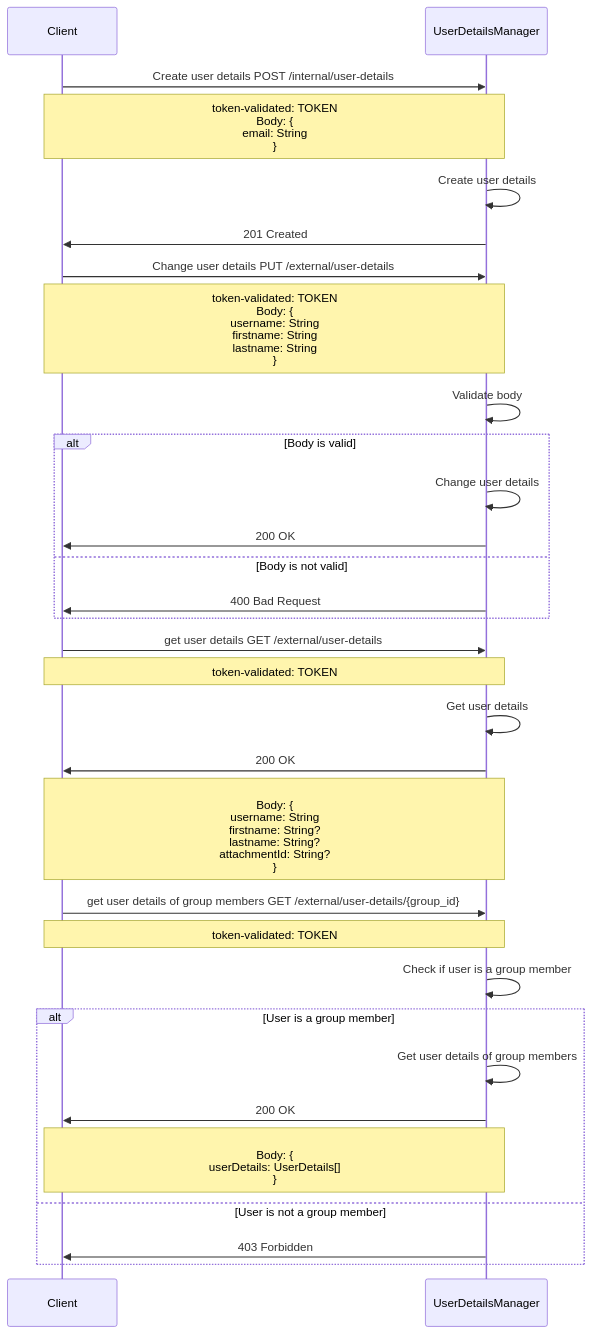
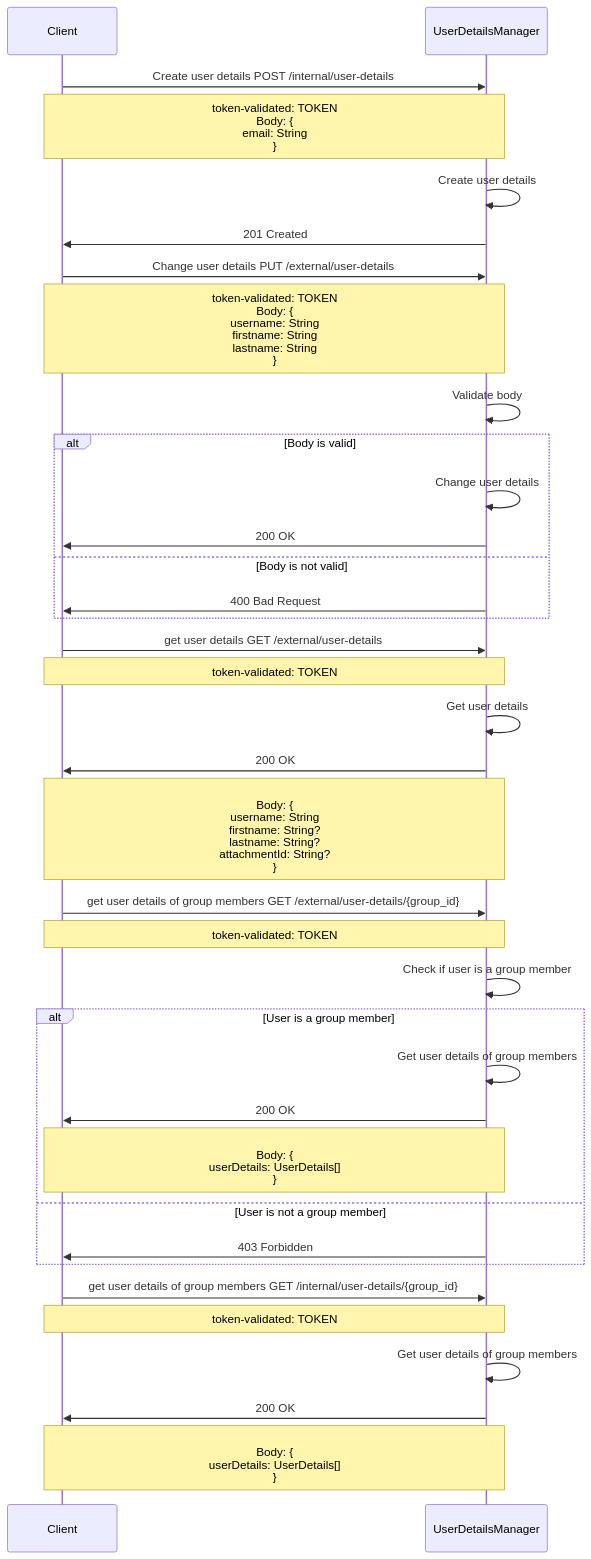
The fifth of 18 diagrams in docs/contracts.md (Group-Expense-Manager/gem-docs), drawn with Mermaid before and after one commit. The commit also changed other lines of this file and 1 other file, not shown here.

Commit message:
added Report Creator & Payment Manager & Currency Manager & Finance Adapter contract

````diff
--- a/docs/contracts.md
+++ b/docs/contracts.md
@@ -200,40 +200,46 @@
 ```mermaid
 sequenceDiagram
 
     participant Client
     participant UserDetailsManager
 
     Client->>UserDetailsManager: Create user details POST /internal/user-details
     Note over Client,UserDetailsManager: token-validated: TOKEN<br>Body: {<br>email: String <br>}
     UserDetailsManager->>UserDetailsManager: Create user details
     UserDetailsManager->>Client: 201 Created
 
     Client->>UserDetailsManager: Change user details PUT /external/user-details
     Note over Client,UserDetailsManager: token-validated: TOKEN<br> Body: {<br>username: String <br>firstname: String <br>lastname: String <br>}
     UserDetailsManager->>UserDetailsManager: Validate body
     alt Body is valid
         UserDetailsManager->>UserDetailsManager: Change user details
         UserDetailsManager->>Client: 200 OK
     else Body is not valid
         UserDetailsManager->>Client: 400 Bad Request
     end
 
 
     Client->>UserDetailsManager: get user details GET /external/user-details
     Note over Client,UserDetailsManager: token-validated: TOKEN
     UserDetailsManager->>UserDetailsManager: Get user details
     UserDetailsManager->>Client: 200 OK
     Note over Client,UserDetailsManager:<br> Body: {<br>username: String <br>firstname: String? <br>lastname: String? <br>attachmentId: String?<br>}
 
     Client->>UserDetailsManager: get user details of group members GET /external/user-details/{group_id}
     Note over Client,UserDetailsManager: token-validated: TOKEN
     UserDetailsManager->>UserDetailsManager: Check if user is a group member
     alt User is a group member
         UserDetailsManager->>UserDetailsManager: Get user details of group members
         UserDetailsManager->>Client: 200 OK
         Note over Client,UserDetailsManager:<br> Body: {<br> userDetails: UserDetails[] <br>}
     else User is not a group member
         UserDetailsManager->>Client: 403 Forbidden
     end
-   
+
+    Client->>UserDetailsManager: get user details of group members GET /internal/user-details/{group_id}
+    Note over Client,UserDetailsManager: token-validated: TOKEN
+    UserDetailsManager->>UserDetailsManager: Get user details of group members
+    UserDetailsManager->>Client: 200 OK
+    Note over Client,UserDetailsManager:<br> Body: {<br> userDetails: UserDetails[] <br>}
+
 ```
````
